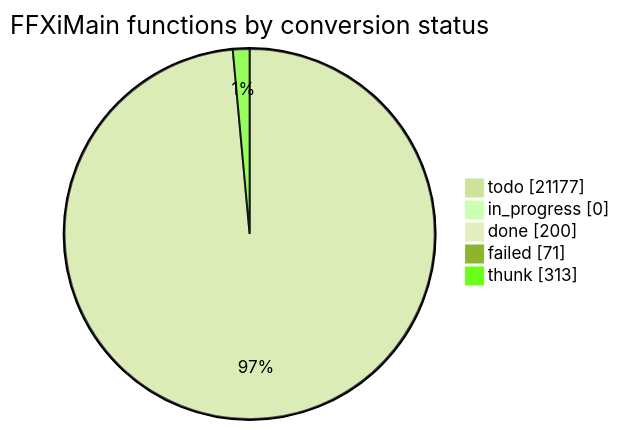
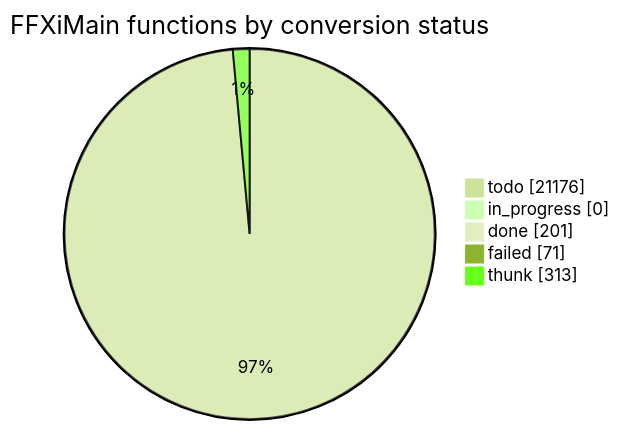
One commit to cowrevenge/cow_kuluu_xi_anything changed the diagram in docs/cow/STATUS.md. Above: the diagram before and after it, drawn with Mermaid (forest theme). The commit also changed other lines of this file and 9 other files, not shown here.

````diff
--- a/docs/cow/STATUS.md
+++ b/docs/cow/STATUS.md
@@ -18,9 +18,9 @@
 ```mermaid
 pie showData
     title FFXiMain functions by conversion status
-    "todo" : 21177
+    "todo" : 21176
     "in_progress" : 0
-    "done" : 200
+    "done" : 201
     "failed" : 71
     "thunk" : 313
 ```
````
